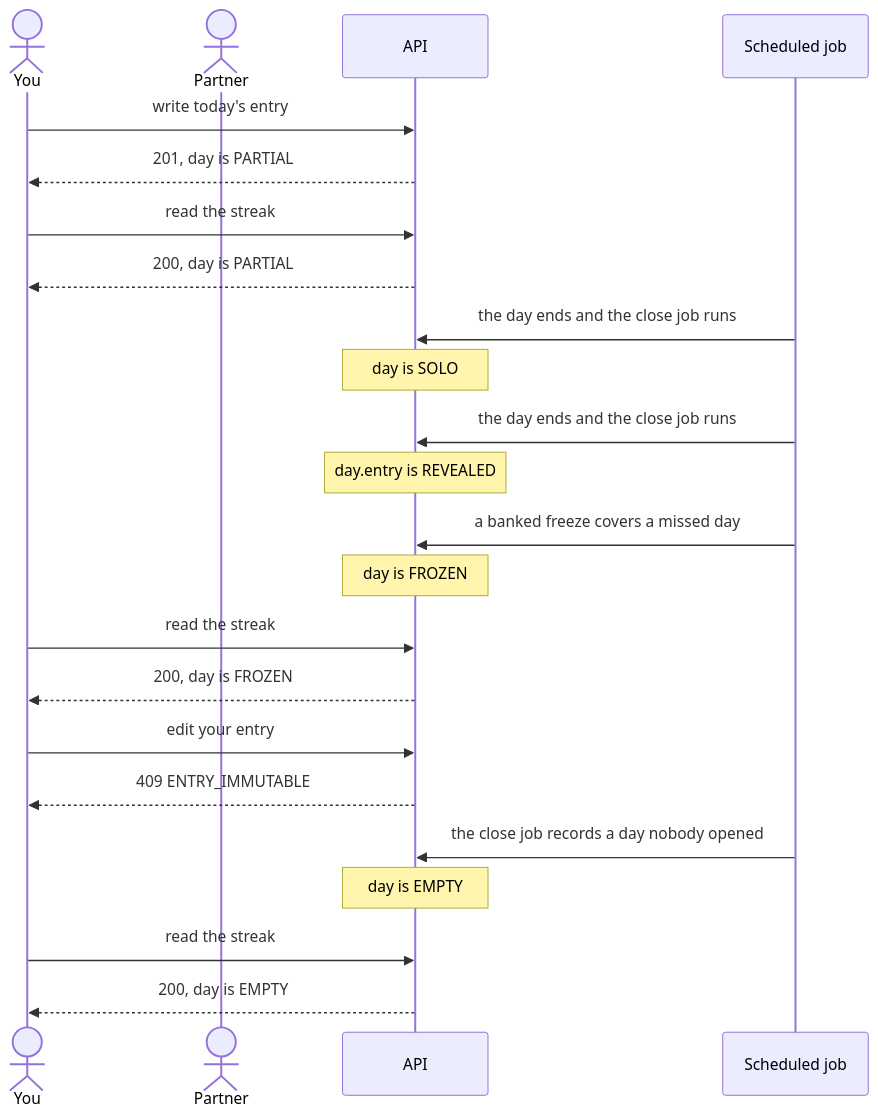
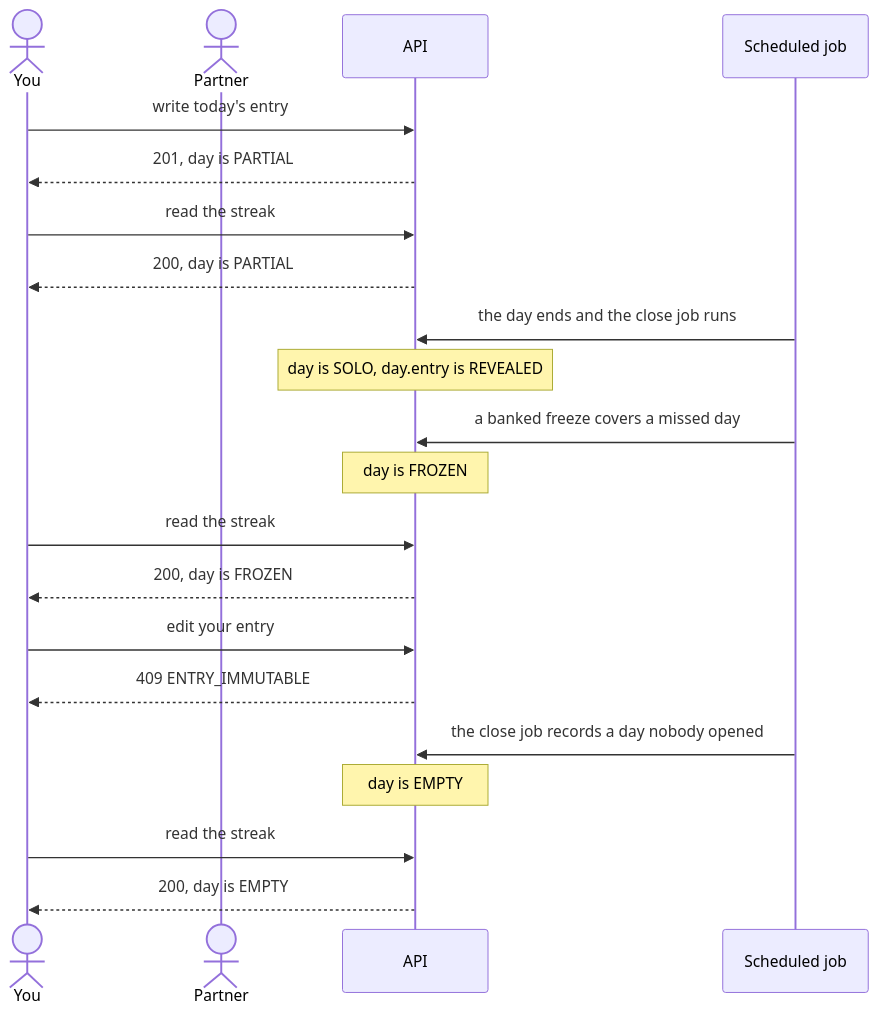
Before and after one commit to Ayodeji97/moyi-backend: the third of 5 diagrams in docs/state-map/journeys.md, drawn with Mermaid. The commit also changed other lines of this file and 1 other file, not shown here.

Commit message:
fix(state-map): J3 states its assumptions and draws the close job's run once

````diff
--- a/docs/state-map/journeys.md
+++ b/docs/state-map/journeys.md
@@ -111,25 +111,23 @@
 ```mermaid
 sequenceDiagram
     actor You
     actor Partner
     participant API
     participant Job as Scheduled job
     You->>API: write today's entry
     API-->>You: 201, day is PARTIAL
     You->>API: read the streak
     API-->>You: 200, day is PARTIAL
     Job->>API: the day ends and the close job runs
-    Note over API: day is SOLO
-    Job->>API: the day ends and the close job runs
-    Note over API: day.entry is REVEALED
+    Note over API: day is SOLO, day.entry is REVEALED
     Job->>API: a banked freeze covers a missed day
     Note over API: day is FROZEN
     You->>API: read the streak
     API-->>You: 200, day is FROZEN
     You->>API: edit your entry
     API-->>You: 409 ENTRY_IMMUTABLE
     Job->>API: the close job records a day nobody opened
     Note over API: day is EMPTY
     You->>API: read the streak
     API-->>You: 200, day is EMPTY
 ```
````
